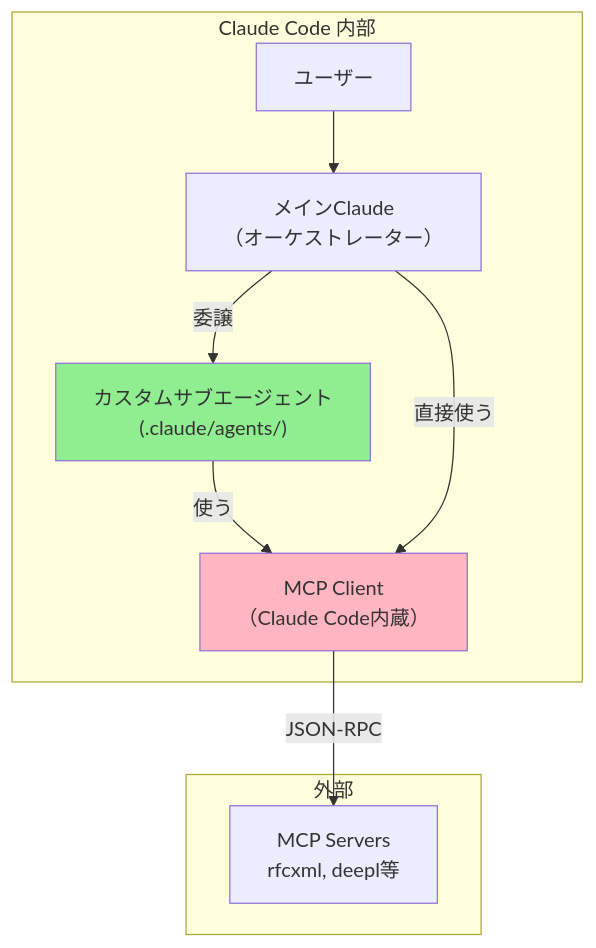
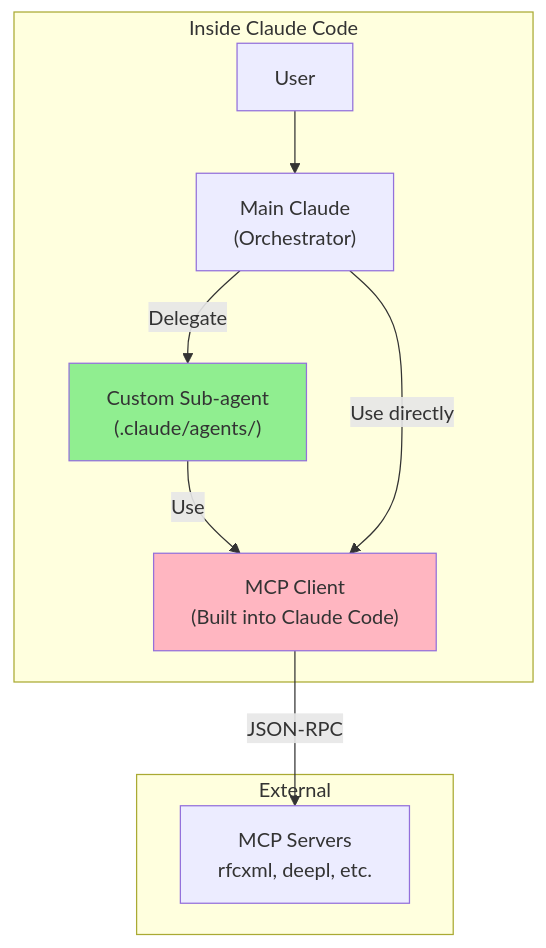
The fourth of 8 diagrams in docs/concepts/03-architecture.md (shuji-bonji/ai-agent-architecture), drawn with Mermaid before and after one commit. The commit also changed other lines of this file and 42 other files, not shown here.

````diff
--- a/docs/concepts/03-architecture.md
+++ b/docs/concepts/03-architecture.md
@@ -198,22 +200,22 @@
 ```mermaid
 graph TB
-    subgraph Claude_Code["Claude Code 内部"]
-        USER[ユーザー]
-        MAIN["メインClaude<br/>（オーケストレーター）"]
-        SUBAGENT["カスタムサブエージェント<br/>(.claude/agents/)"]
-        MCP_CLIENT["MCP Client<br/>（Claude Code内蔵）"]
+    subgraph Claude_Code["Inside Claude Code"]
+        USER[User]
+        MAIN["Main Claude<br/>(Orchestrator)"]
+        SUBAGENT["Custom Sub-agent<br/>(.claude/agents/)"]
+        MCP_CLIENT["MCP Client<br/>(Built into Claude Code)"]
     end
 
-    subgraph External["外部"]
-        MCP_SERVERS["MCP Servers<br/>rfcxml, deepl等"]
+    subgraph External["External"]
+        MCP_SERVERS["MCP Servers<br/>rfcxml, deepl, etc."]
     end
 
     USER --> MAIN
-    MAIN -->|"委譲"| SUBAGENT
-    SUBAGENT -->|"使う"| MCP_CLIENT
-    MAIN -->|"直接使う"| MCP_CLIENT
+    MAIN -->|"Delegate"| SUBAGENT
+    SUBAGENT -->|"Use"| MCP_CLIENT
+    MAIN -->|"Use directly"| MCP_CLIENT
     MCP_CLIENT -->|"JSON-RPC"| MCP_SERVERS
 
     style MCP_CLIENT fill:#FFB6C1
     style SUBAGENT fill:#90EE90
 ```
````
